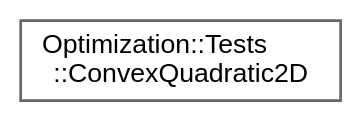
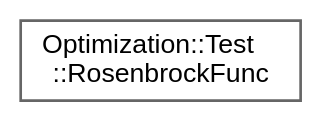
Before and after one commit to jswoo0615/Algorithms_for_Optimization_cpp: the diagram in inherit_graph_27.dot, drawn with Graphviz. The commit also changed 27 other files, not shown here.

```diff
--- a/inherit_graph_27.dot
+++ b/inherit_graph_27.dot
@@ -1,9 +1,9 @@
 digraph "Graphical Class Hierarchy"
 {
  // LATEX_PDF_SIZE
   bgcolor="transparent";
   edge [fontname=Helvetica,fontsize=10,labelfontname=Helvetica,labelfontsize=10];
   node [fontname=Helvetica,fontsize=10,shape=box,height=0.2,width=0.4];
   rankdir="LR";
-  Node0 [id="Node000000",label="Optimization::Tests\l::ConvexQuadratic2D",height=0.2,width=0.4,color="grey40", fillcolor="white", style="filled",URL="$structOptimization_1_1Tests_1_1ConvexQuadratic2D.html",tooltip=" "];
+  Node0 [id="Node000000",label="Optimization::Test\l::RosenbrockFunc",height=0.2,width=0.4,color="grey40", fillcolor="white", style="filled",URL="$structOptimization_1_1Test_1_1RosenbrockFunc.html",tooltip=" "];
 }
```
